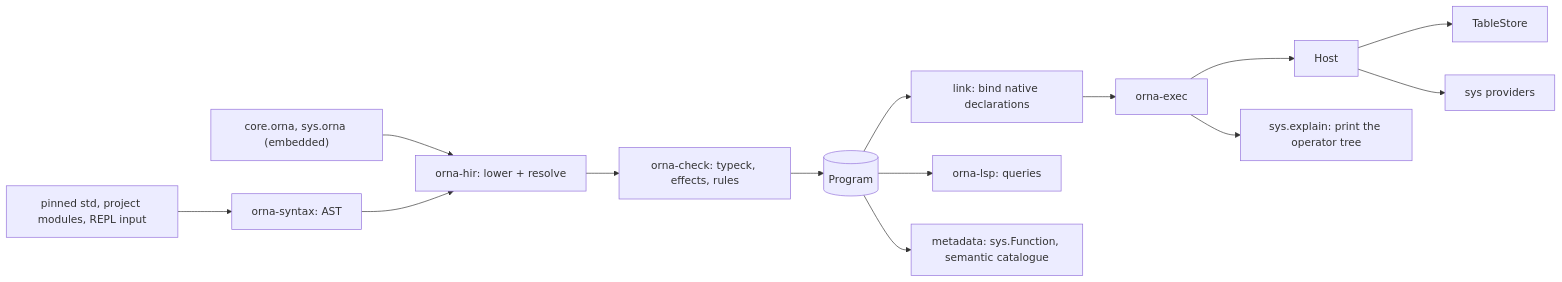
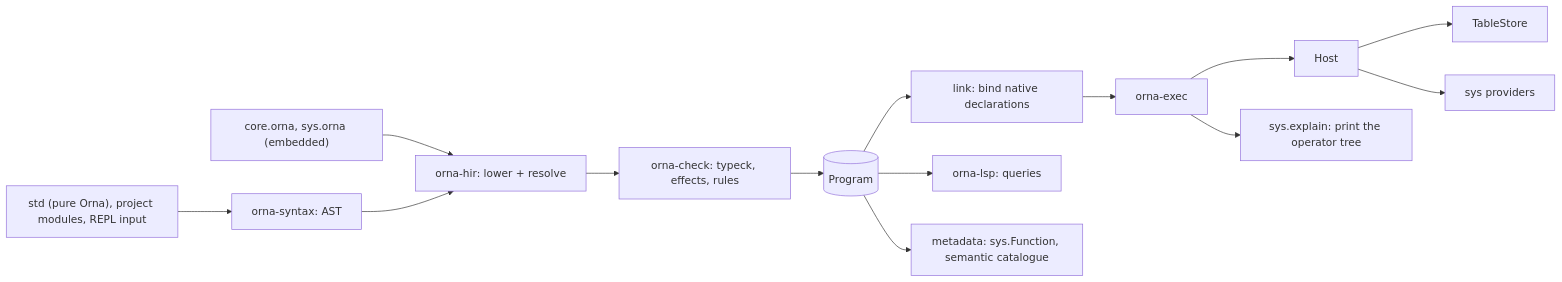
One commit to workingdir/ornadb changed the third of 4 diagrams in docs/design/hir.md. Above: the diagram before and after it, drawn with Mermaid. The commit also changed other lines of this file, not shown here.

````diff
--- a/docs/design/hir.md
+++ b/docs/design/hir.md
@@ -720,16 +708,16 @@
 ```mermaid
 flowchart LR
     I["core.orna, sys.orna (embedded)"] --> L
-    D["pinned std, project modules, REPL input"] --> P["orna-syntax: AST"]
+    D["std (pure Orna), project modules, REPL input"] --> P["orna-syntax: AST"]
     P --> L["orna-hir: lower + resolve"]
     L --> T["orna-check: typeck, effects, rules"]
     T --> PR[("Program")]
     PR --> K["link: bind native declarations"]
     K --> X["orna-exec"]
     X --> H["Host"]
     H --> ST["TableStore"]
     H --> SY["sys providers"]
     PR --> LS["orna-lsp: queries"]
     PR --> MD["metadata: sys.Function, semantic catalogue"]
     X --> EX["sys.explain: print the operator tree"]
 ```
````
